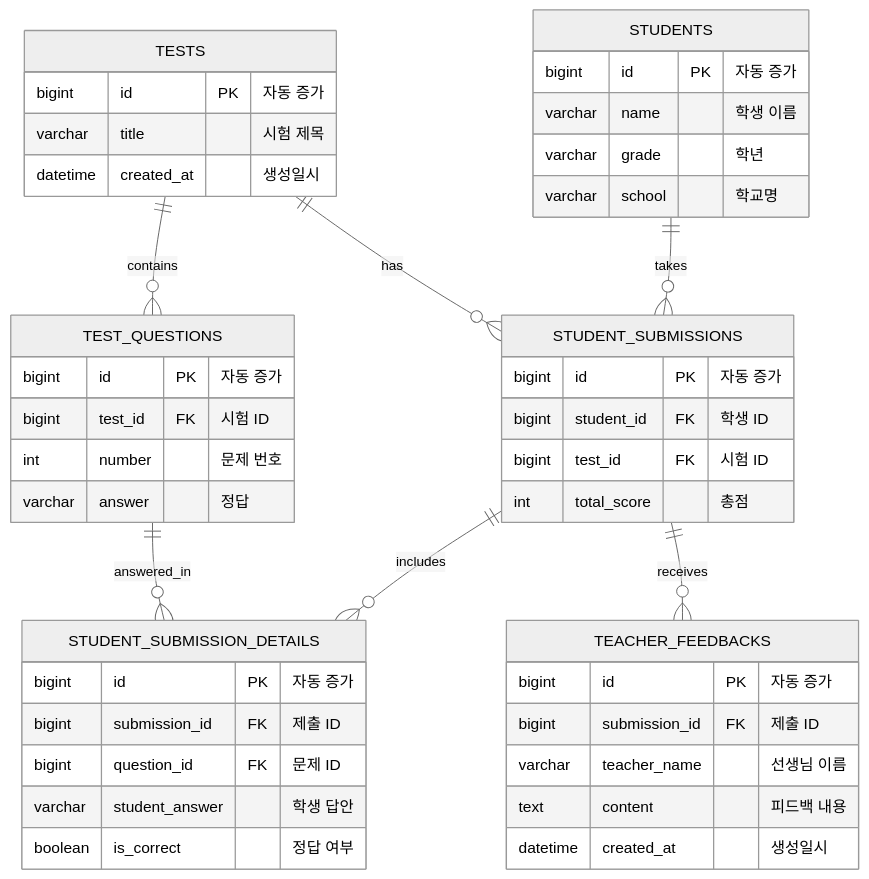
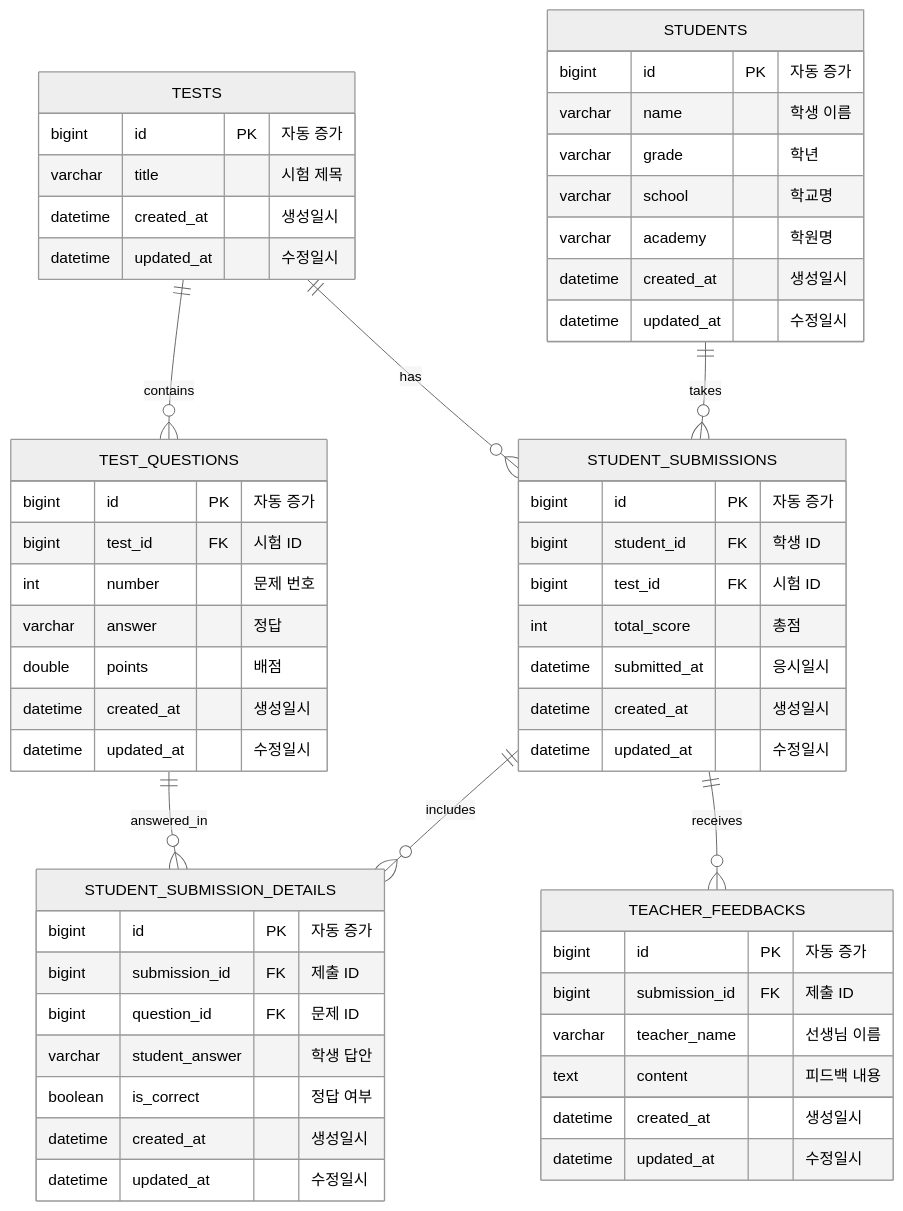
One commit to mkom76/suhui-secretary changed the diagram in ERD.md. Above: the diagram before and after it, drawn with Mermaid (neutral theme). The commit also changed other lines of this file and 14 other files, not shown here.

````diff
--- a/ERD.md
+++ b/ERD.md
@@ -5,52 +5,65 @@
 ```mermaid
 erDiagram
     STUDENTS ||--o{ STUDENT_SUBMISSIONS : "takes"
     TESTS ||--o{ TEST_QUESTIONS : "contains"
     TESTS ||--o{ STUDENT_SUBMISSIONS : "has"
     STUDENT_SUBMISSIONS ||--o{ STUDENT_SUBMISSION_DETAILS : "includes"
     STUDENT_SUBMISSIONS ||--o{ TEACHER_FEEDBACKS : "receives"
     TEST_QUESTIONS ||--o{ STUDENT_SUBMISSION_DETAILS : "answered_in"
 
     STUDENTS {
         bigint id PK "자동 증가"
         varchar name "학생 이름"
         varchar grade "학년"
         varchar school "학교명"
+        varchar academy "학원명"
+        datetime created_at "생성일시"
+        datetime updated_at "수정일시"
     }
 
     TESTS {
         bigint id PK "자동 증가"
         varchar title "시험 제목"
         datetime created_at "생성일시"
+        datetime updated_at "수정일시"
     }
 
     TEST_QUESTIONS {
         bigint id PK "자동 증가"
         bigint test_id FK "시험 ID"
         int number "문제 번호"
         varchar answer "정답"
+        double points "배점"
+        datetime created_at "생성일시"
+        datetime updated_at "수정일시"
     }
 
     STUDENT_SUBMISSIONS {
         bigint id PK "자동 증가"
         bigint student_id FK "학생 ID"
         bigint test_id FK "시험 ID"
         int total_score "총점"
+        datetime submitted_at "응시일시"
+        datetime created_at "생성일시"
+        datetime updated_at "수정일시"
     }
 
     STUDENT_SUBMISSION_DETAILS {
         bigint id PK "자동 증가"
         bigint submission_id FK "제출 ID"
         bigint question_id FK "문제 ID"
         varchar student_answer "학생 답안"
         boolean is_correct "정답 여부"
+        datetime created_at "생성일시"
+        datetime updated_at "수정일시"
     }
 
     TEACHER_FEEDBACKS {
         bigint id PK "자동 증가"
         bigint submission_id FK "제출 ID"
         varchar teacher_name "선생님 이름"
         text content "피드백 내용"
         datetime created_at "생성일시"
+        datetime updated_at "수정일시"
     }
 ```
````
